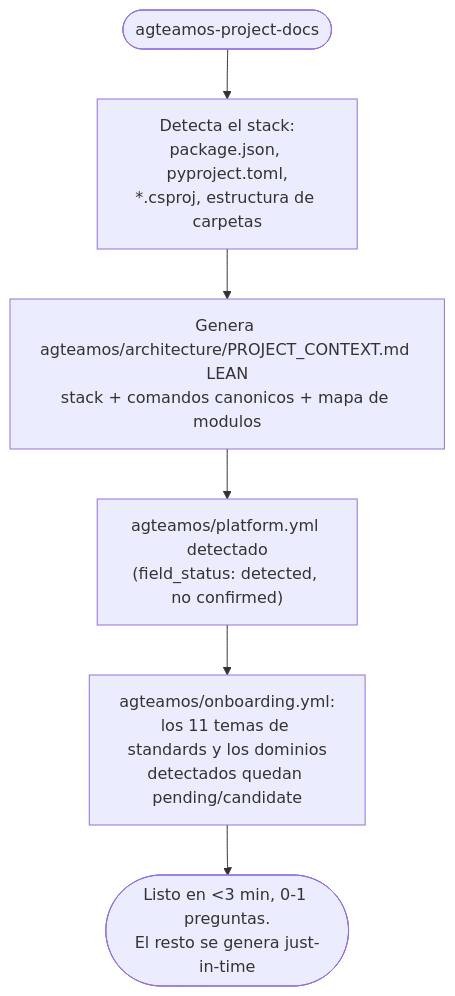
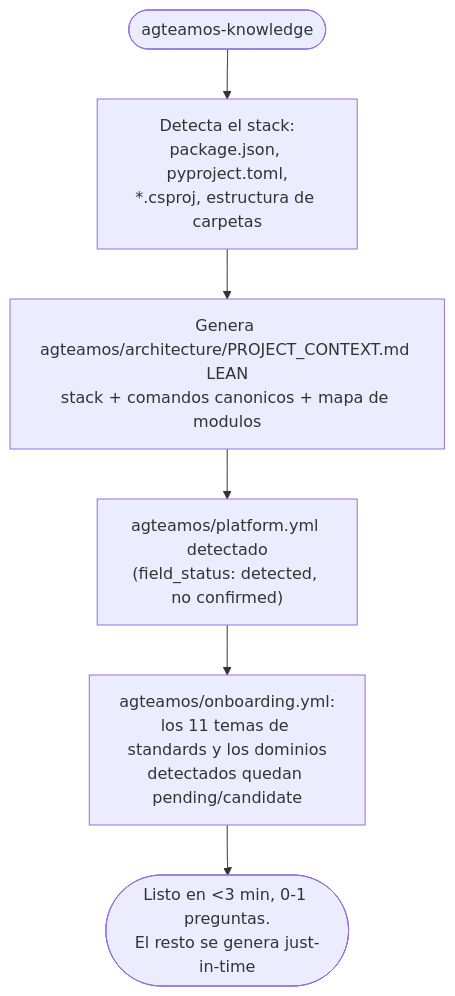
One commit to EJBereguete/claude-plugins changed the diagram in agteamos/docs/primeros-pasos/04-adoptar-proyecto-existente.md. Above: the diagram before and after it, drawn with Mermaid. The commit also changed other lines of this file and 53 other files, not shown here.

````diff
--- a/agteamos/docs/primeros-pasos/04-adoptar-proyecto-existente.md
+++ b/agteamos/docs/primeros-pasos/04-adoptar-proyecto-existente.md
@@ -19,8 +19,8 @@
 ```mermaid
 flowchart TD
-    START([agteamos-project-docs]) --> DETECT["Detecta el stack:\npackage.json, pyproject.toml,\n*.csproj, estructura de carpetas"]
+    START([agteamos-knowledge]) --> DETECT["Detecta el stack:\npackage.json, pyproject.toml,\n*.csproj, estructura de carpetas"]
     DETECT --> CTX["Genera agteamos/architecture/PROJECT_CONTEXT.md LEAN\nstack + comandos canonicos + mapa de modulos"]
     CTX --> PLATFORM["agteamos/platform.yml detectado\n(field_status: detected, no confirmed)"]
     PLATFORM --> MANIFEST["agteamos/onboarding.yml:\nlos 11 temas de standards y los dominios\ndetectados quedan pending/candidate"]
     MANIFEST --> DONE([Listo en <3 min, 0-1 preguntas.\nEl resto se genera just-in-time])
 ```
````
